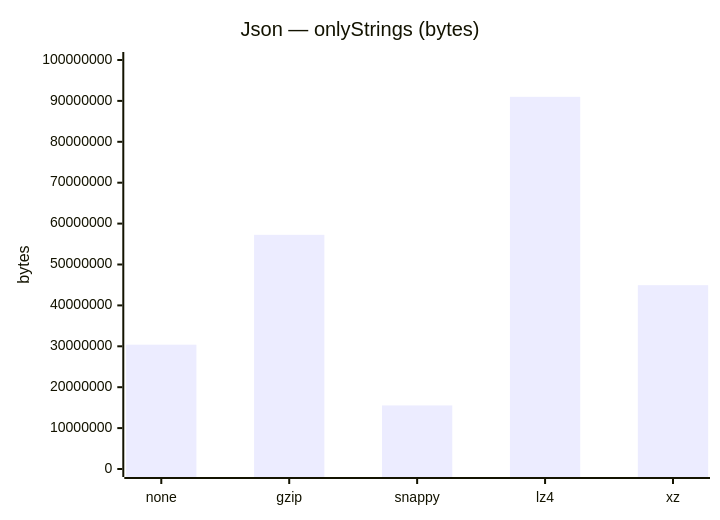
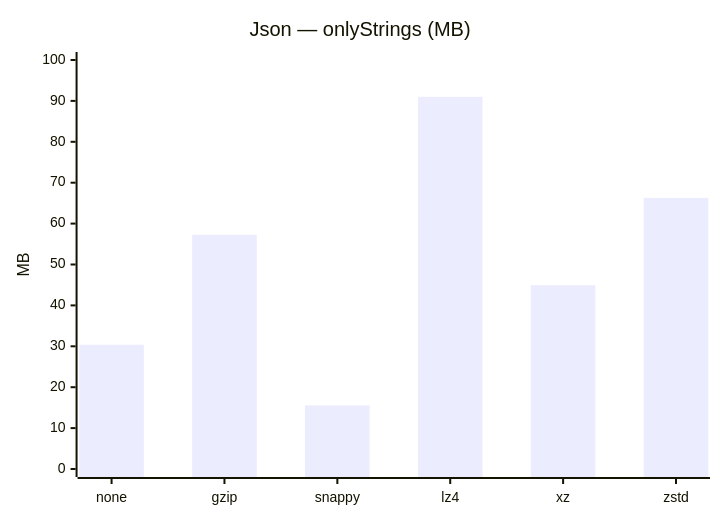
The sixth of 33 diagrams in results/2026/file-sizes.md (nryanov/SerializationBenchmark), drawn with Mermaid before and after one commit. The commit also changed other lines of this file, not shown here.

Commit message:
doc: update file size charts

````diff
--- a/results/2026/file-sizes.md
+++ b/results/2026/file-sizes.md
@@ -79,8 +79,8 @@
 ```mermaid
-%%{init: {"config": {"xyChart": {"width": 525, "height": 360}}}}%%
+%%{init: {"config": {"xyChart": {"width": 610, "height": 360}}}}%%
 xychart-beta
-    title "Json — onlyStrings (bytes)"
-    x-axis ["none", "gzip", "snappy", "lz4", "xz"]
-    y-axis "bytes" 0 --> 100000000
-    bar [30400002, 57259186, 15544549, 90992389, 44949704]
+    title "Json — onlyStrings (MB)"
+    x-axis ["none", "gzip", "snappy", "lz4", "xz", "zstd"]
+    y-axis "MB" 0 --> 100
+    bar [30.4, 57.26, 15.54, 90.99, 44.95, 66.28]
 ```
````
